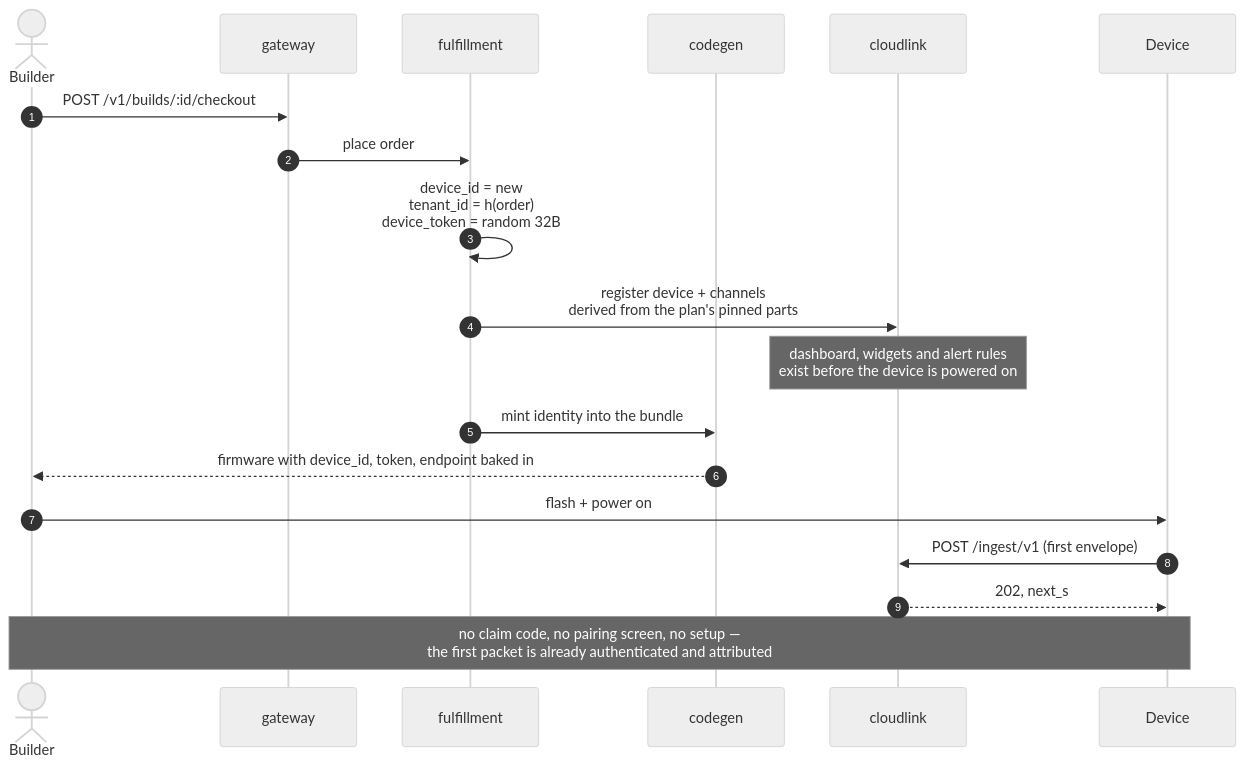
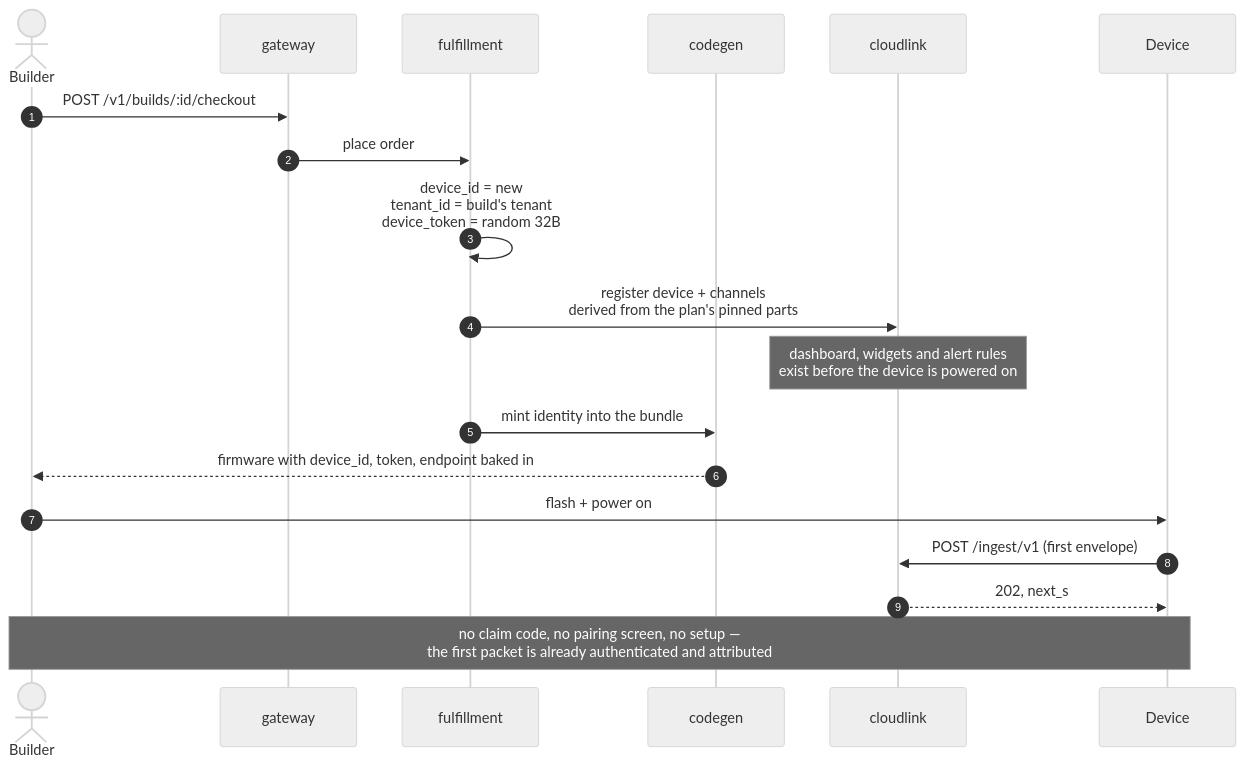
The third of 10 diagrams in docs/CLOUD-PLATFORM.md (guitarpastdusk/albusforge), drawn with Mermaid (neutral theme) before and after one commit. The commit also changed other lines of this file and 4 other files, not shown here.

First line of the commit message:
ADR 0009: membership authorizes the tenant; stop deriving it from the order

````diff
--- a/docs/CLOUD-PLATFORM.md
+++ b/docs/CLOUD-PLATFORM.md
@@ -204,23 +204,23 @@
 ```mermaid
 sequenceDiagram
     autonumber
     actor U as Builder
     participant GW as gateway
     participant FU as fulfillment
     participant CG as codegen
     participant CL as cloudlink
     participant DEV as Device
 
     U->>GW: POST /v1/builds/:id/checkout
     GW->>FU: place order
-    FU->>FU: device_id = new<br/>tenant_id = h(order)<br/>device_token = random 32B
+    FU->>FU: device_id = new<br/>tenant_id = build's tenant<br/>device_token = random 32B
     FU->>CL: register device + channels<br/>derived from the plan's pinned parts
     Note over CL: dashboard, widgets and alert rules<br/>exist before the device is powered on
     FU->>CG: mint identity into the bundle
     CG-->>U: firmware with device_id, token, endpoint baked in
 
     U->>DEV: flash + power on
     DEV->>CL: POST /ingest/v1 (first envelope)
     CL-->>DEV: 202, next_s
     Note over U,DEV: no claim code, no pairing screen, no setup —<br/>the first packet is already authenticated and attributed
 ```
````
